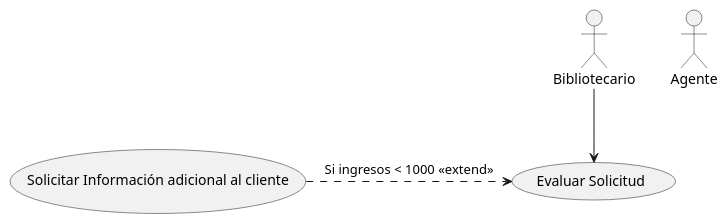
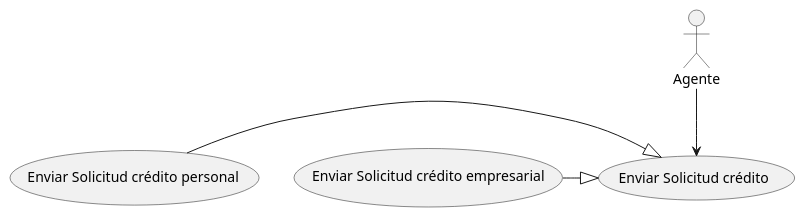
One commit to alejaandroobc/CasosDeUso2_UML changed the diagram in src/CasosDeUso2_UML.puml. Above: the diagram before and after it, drawn with PlantUML. The commit also changed 1 other file, not shown here.

```diff
--- a/src/CasosDeUso2_UML.puml
+++ b/src/CasosDeUso2_UML.puml
@@ -1,8 +1,10 @@
 @startuml
 :Agente:
-usecase UC1 as "Evaluar Solicitud"
-usecase UC2 as "Solicitar Información adicional al cliente"
+usecase UC1 as "Enviar Solicitud crédito"
+Agente --> UC1
+usecase UC2 as "Enviar Solicitud crédito personal"
+UC2 -|> UC1
+usecase UC3 as "Enviar Solicitud crédito empresarial"
+UC3 -|> UC1
 
-Bibliotecario --> UC1
-UC2 .> UC1 :Si ingresos < 1000 <<extend>>
 @enduml
```
